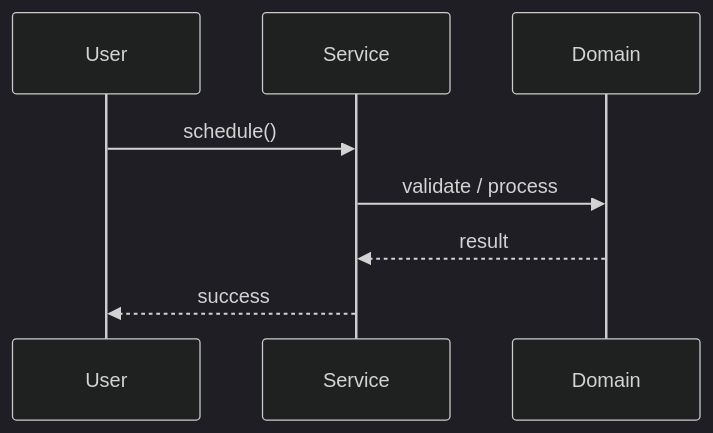
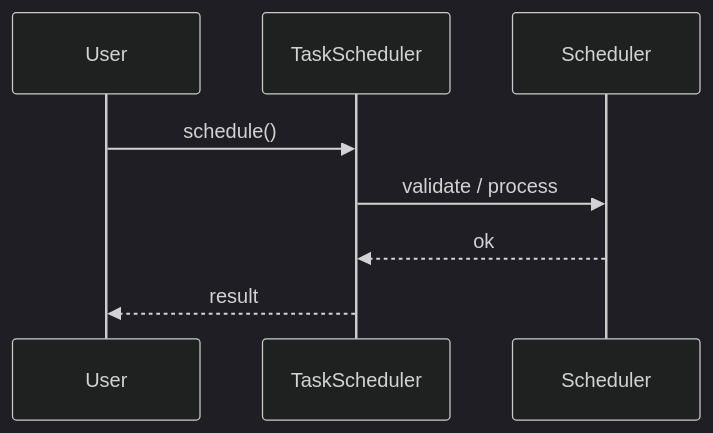
One commit to madhupaila/Interview-Prep-SSE changed the second of 3 diagrams in Learn/System Design - Low Level Design/02-classic-ood/questions/Q16-task-scheduler.md. Above: the diagram before and after it, drawn with Mermaid (dark theme). The commit also changed other lines of this file and 491 other files, not shown here.

````diff
--- a/Learn/System Design - Low Level Design/02-classic-ood/questions/Q16-task-scheduler.md
+++ b/Learn/System Design - Low Level Design/02-classic-ood/questions/Q16-task-scheduler.md
@@ -122,10 +149,10 @@
 ```mermaid
 sequenceDiagram
-    participant U as User
-    participant S as Service
-    participant D as Domain
-    U->>S: schedule()
-    S->>D: validate / process
-    D-->>S: result
-    S-->>U: success
+participant U as User
+participant S as TaskScheduler
+participant D as Scheduler
+U->>S: schedule()
+S->>D: validate / process
+D-->>S: ok
+S-->>U: result
 ```
````
